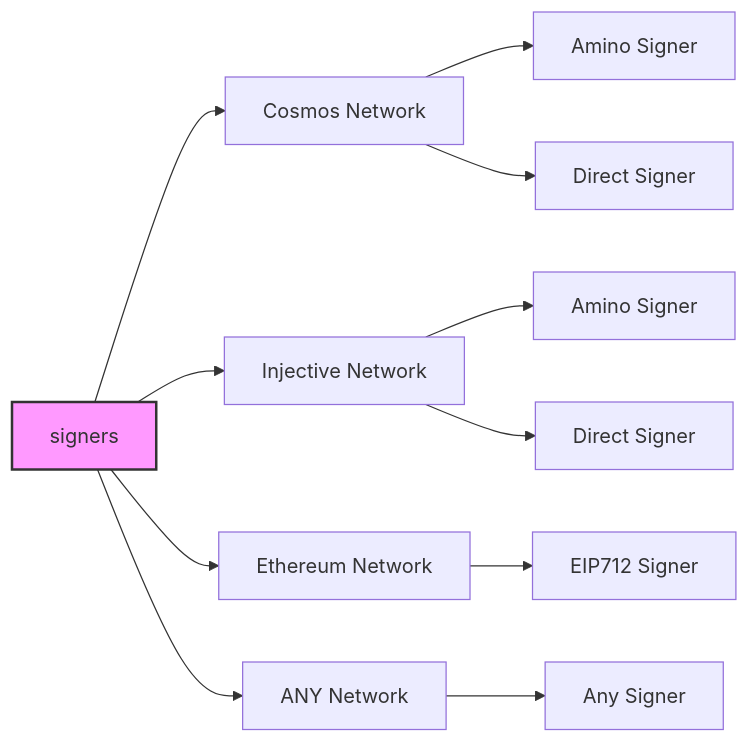
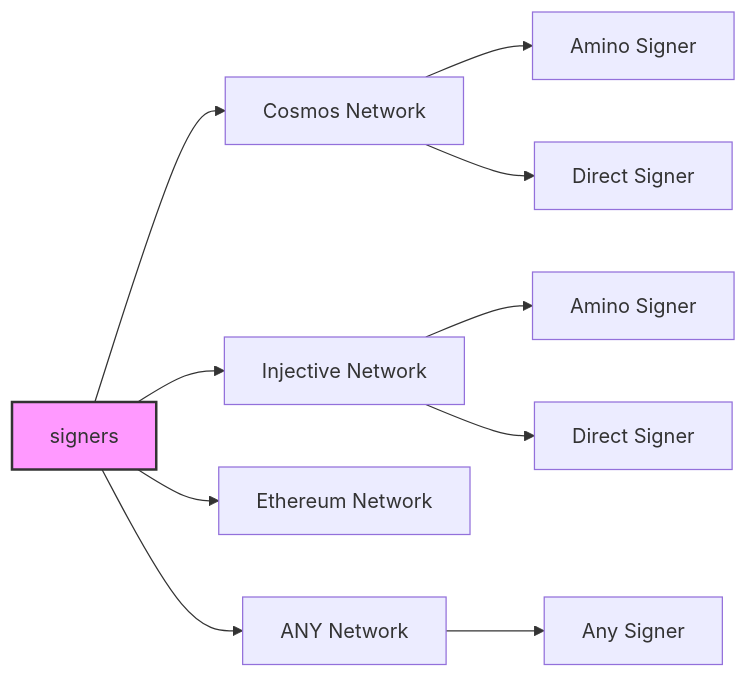
Before and after one commit to hyperweb-io/interchainjs: the first of 2 diagrams in README.md, drawn with Mermaid. The commit also changed 3 other files, not shown here.

````diff
--- a/README.md
+++ b/README.md
@@ -75,19 +75,17 @@
 ```mermaid
 graph LR
     signers --> cosmos_signer["Cosmos Network"]
     signers --> injective_signer["Injective Network"]
     signers --> ethereum_signer["Ethereum Network"]
     signers --> implement_signer["ANY Network"]
 
     cosmos_signer --> cosmos_amino["Amino Signer"]
     cosmos_signer --> cosmos_direct["Direct Signer"]
 
-    ethereum_signer --> ethereum_eip712["EIP712 Signer"]
-
     injective_signer --> injective_amino["Amino Signer"]
     injective_signer --> injective_direct["Direct Signer"]
 
     implement_signer --> any_signer["Any Signer"]
 
     style signers fill:#f9f,stroke:#333,stroke-width:2px
 ```
````
